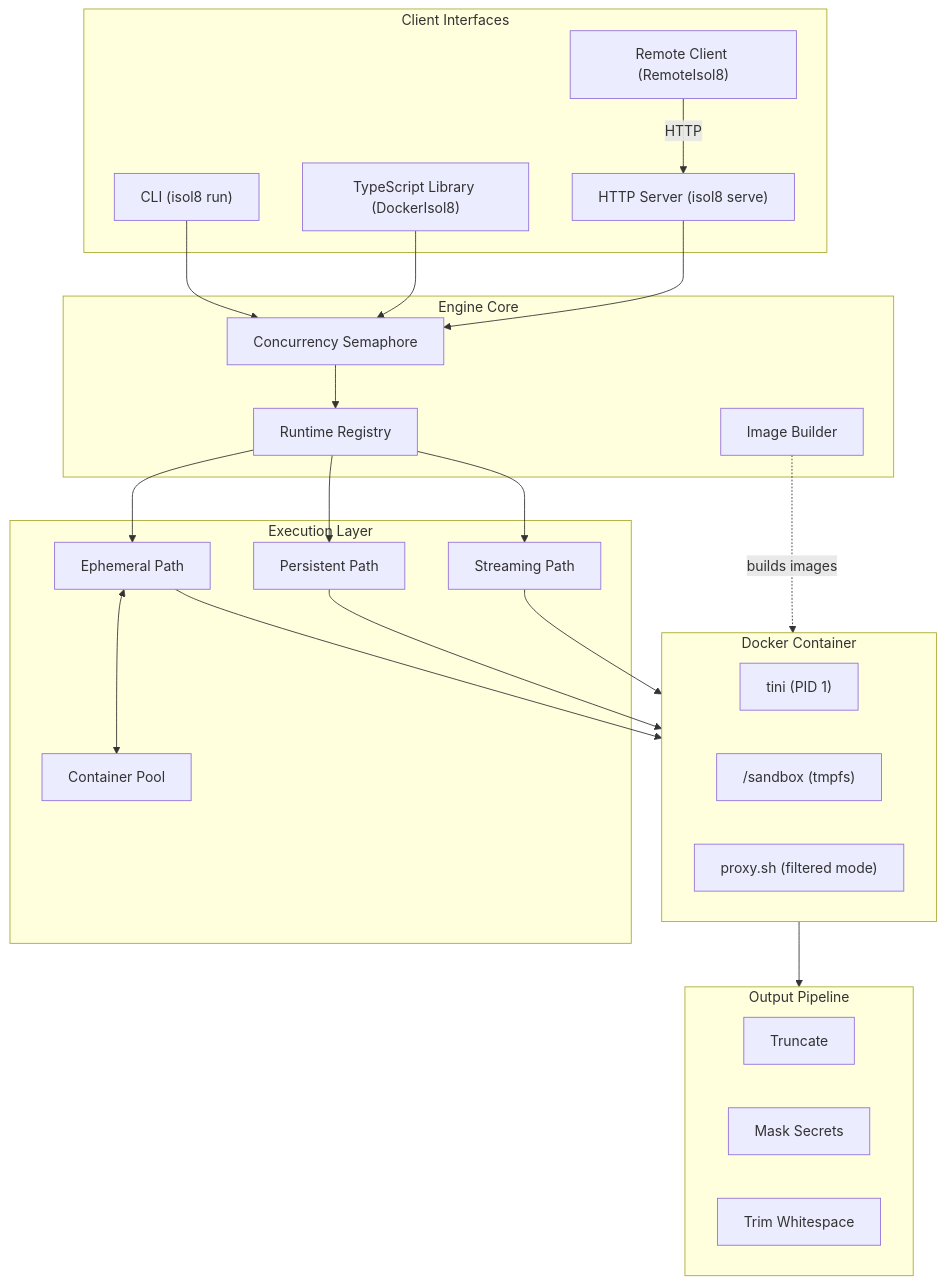
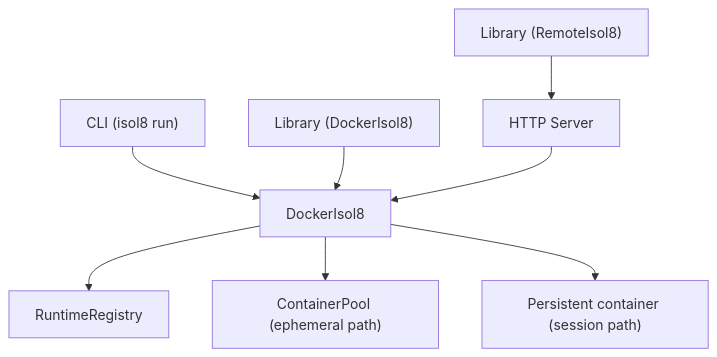
The first of 2 diagrams in docs/architecture.mdx (Illusion47586/isol8), drawn with Mermaid before and after one commit. The commit also changed other lines of this file and 63 other files, not shown here.

````diff
--- a/docs/architecture.mdx
+++ b/docs/architecture.mdx
@@ -12,52 +22,10 @@
 ```mermaid
-flowchart TB
-    subgraph Interfaces["Client Interfaces"]
-        CLI["CLI (isol8 run)"]
-        LIB["TypeScript Library (DockerIsol8)"]
-        HTTP["HTTP Server (isol8 serve)"]
-        REMOTE["Remote Client (RemoteIsol8)"]
-    end
-
-    subgraph Core["Engine Core"]
-        SEM["Concurrency Semaphore"]
-        REG["Runtime Registry"]
-        IB["Image Builder"]
-    end
-
-    subgraph Execution["Execution Layer"]
-        EPH["Ephemeral Path"]
-        PER["Persistent Path"]
-        STR["Streaming Path"]
-        POOL["Container Pool"]
-    end
-
-    subgraph Container["Docker Container"]
-        TINI["tini (PID 1)"]
-        SANDBOX["/sandbox (tmpfs)"]
-        PROXY["proxy.sh (filtered mode)"]
-    end
-
-    subgraph Post["Output Pipeline"]
-        TRUNC["Truncate"]
-        MASK["Mask Secrets"]
-        TRIM["Trim Whitespace"]
-    end
-
-    CLI --> SEM
-    LIB --> SEM
-    HTTP --> SEM
-    REMOTE -->|HTTP| HTTP
-
-    SEM --> REG
-    REG --> EPH
-    REG --> PER
-    REG --> STR
-    EPH <--> POOL
-    IB -.->|builds images| Container
-
-    EPH --> Container
-    PER --> Container
-    STR --> Container
-
-    Container --> Post
+flowchart TD
+  A["CLI (isol8 run)"] --> D["DockerIsol8"]
+  B["Library (DockerIsol8)"] --> D
+  C["Library (RemoteIsol8)"] --> E["HTTP Server"]
+  E --> D
+  D --> F["RuntimeRegistry"]
+  D --> G["ContainerPool (ephemeral path)"]
+  D --> H["Persistent container (session path)"]
 ```
````
